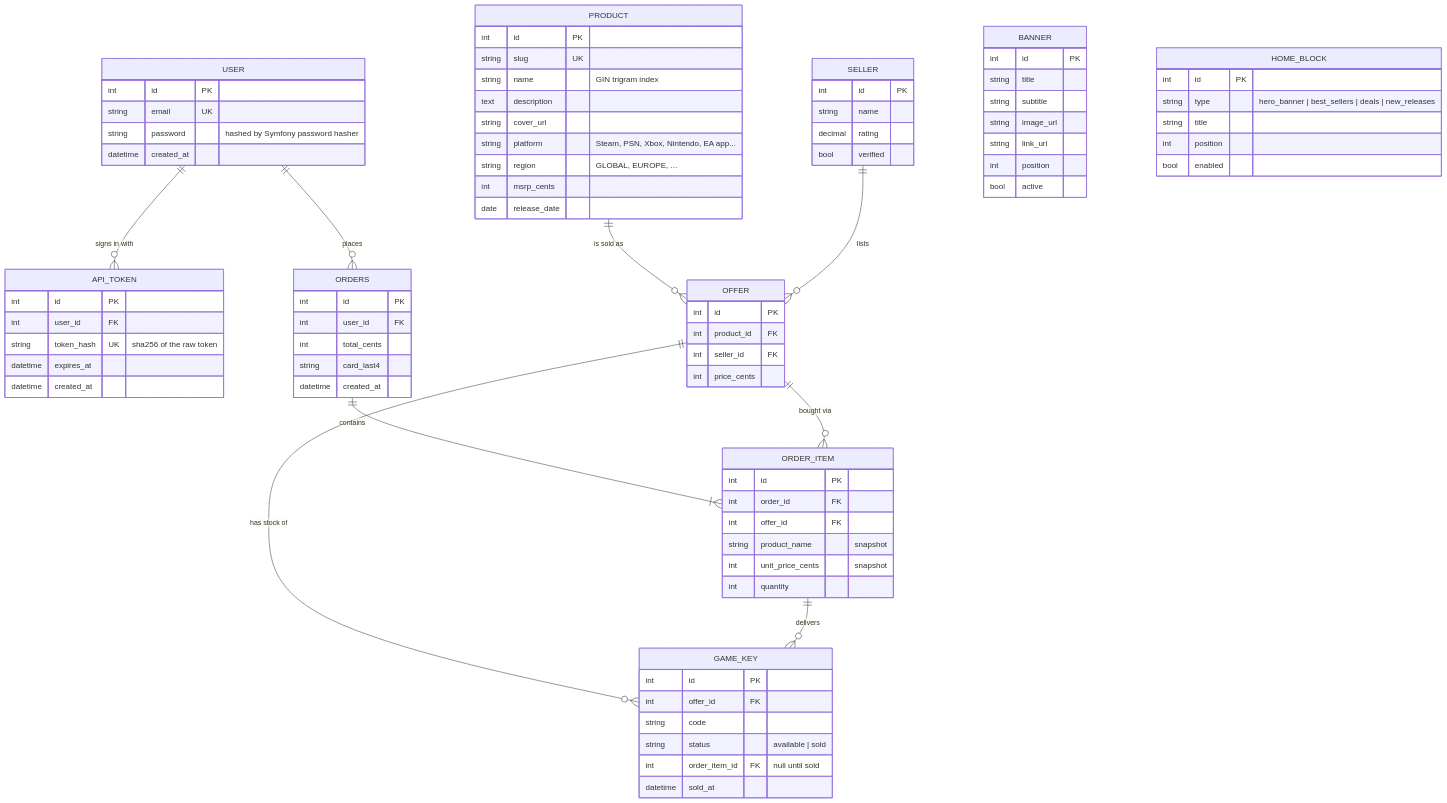
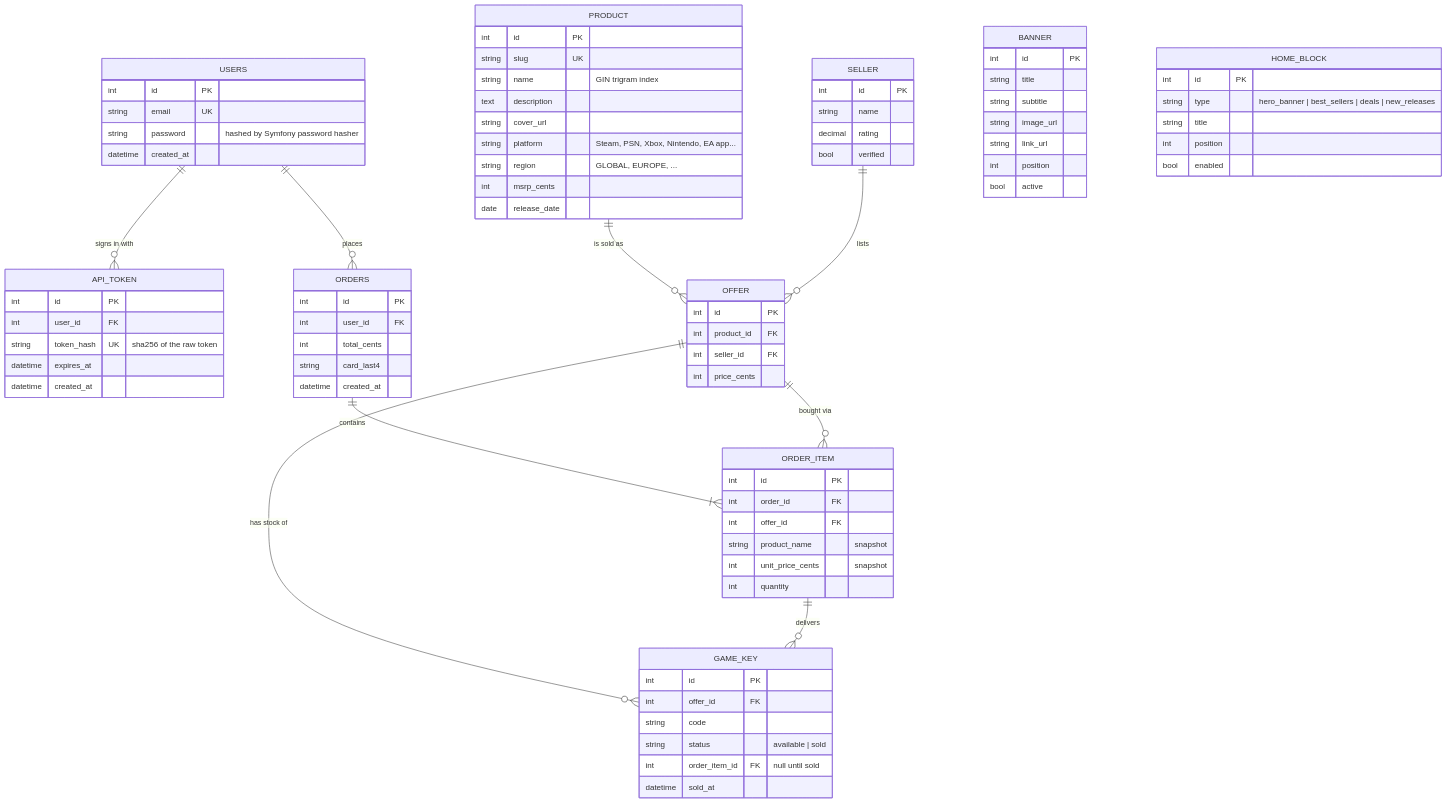
Before and after one commit to Benazzz/Eneba-marketplace: the diagram in PLAN.md, drawn with Mermaid. The commit also changed other lines of this file, not shown here.

Commit message:
Update PLAN.md data model: users table, constraints, seed decisions

````diff
--- a/PLAN.md
+++ b/PLAN.md
@@ -80,7 +80,7 @@
 ```mermaid
 erDiagram
-  USER ||--o{ API_TOKEN : "signs in with"
-  USER ||--o{ ORDERS : places
+  USERS ||--o{ API_TOKEN : "signs in with"
+  USERS ||--o{ ORDERS : places
   ORDERS ||--|{ ORDER_ITEM : contains
   PRODUCT ||--o{ OFFER : "is sold as"
   SELLER ||--o{ OFFER : lists
@@ -88,7 +88,7 @@
   OFFER ||--o{ ORDER_ITEM : "bought via"
   ORDER_ITEM ||--o{ GAME_KEY : delivers
 
-  USER {
+  USERS {
     int id PK
     string email UK
     string password "hashed by Symfony password hasher"
````
